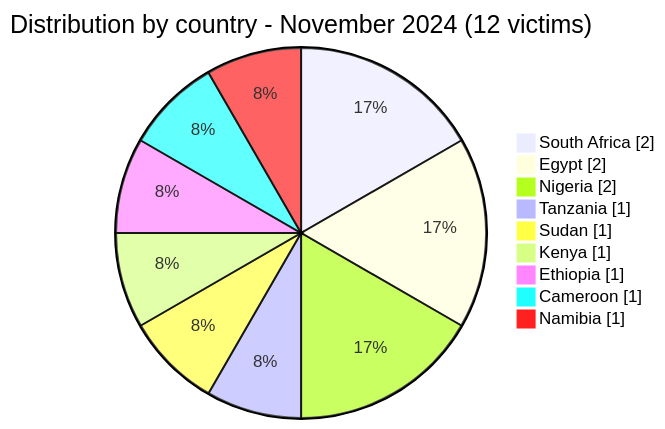
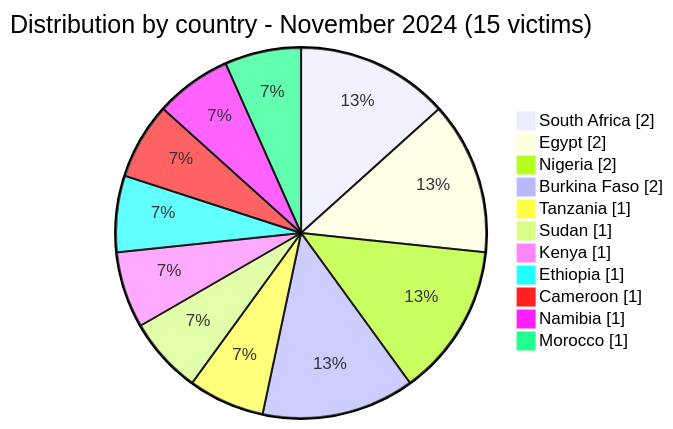
Before and after one commit to Hatchepsoute/AFRINTEL: the second of 4 diagrams in CyberAttackAfrica/2024/11-november/README.md, drawn with Mermaid. The commit also changed other lines of this file and 255 other files, not shown here.

````diff
--- a/CyberAttackAfrica/2024/11-november/README.md
+++ b/CyberAttackAfrica/2024/11-november/README.md
@@ -78,13 +86,15 @@
 ```mermaid
 pie showData
-    title Distribution by country - November 2024 (12 victims)
+    title Distribution by country - November 2024 (15 victims)
     "South Africa" : 2
     "Egypt" : 2
     "Nigeria" : 2
+    "Burkina Faso" : 2
     "Tanzania" : 1
     "Sudan" : 1
     "Kenya" : 1
     "Ethiopia" : 1
     "Cameroon" : 1
     "Namibia" : 1
+    "Morocco" : 1
 ```
````
